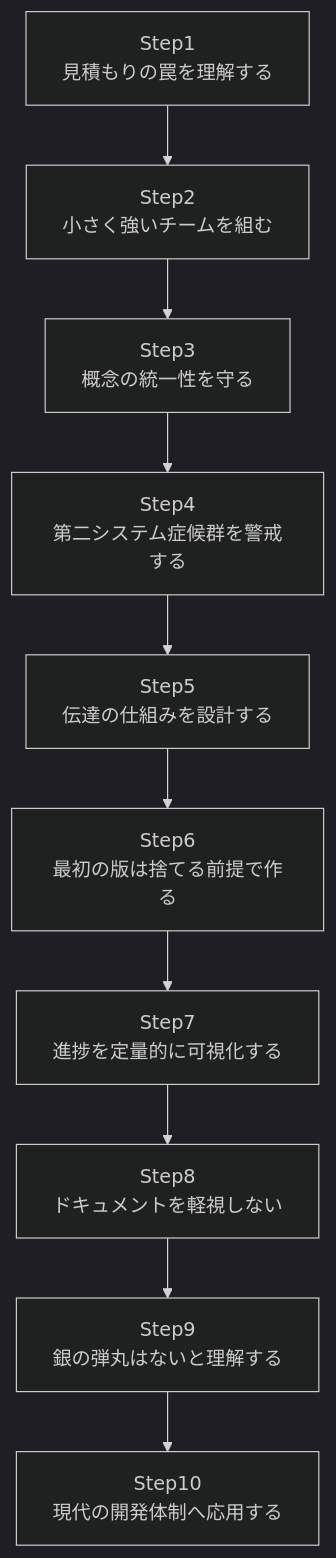
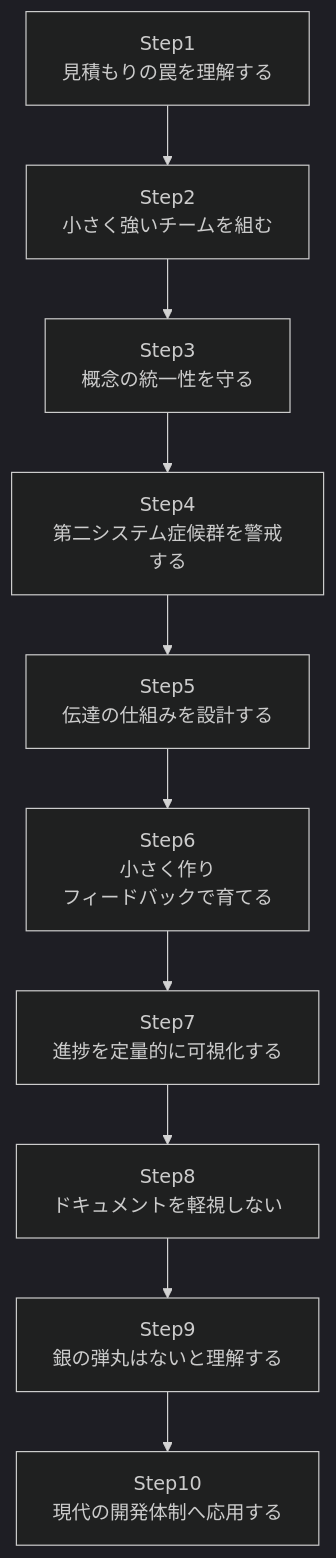
The third of 6 diagrams in Mythical-man-month-guide.md (myoshi2891/Management-Team-Building-Studies), drawn with Mermaid (dark theme) before and after one commit. The commit also changed other lines of this file, not shown here.

Commit message:
docs(mythical-man-month): refine Step 6 heading and framing on iterative feedback

````diff
--- a/Mythical-man-month-guide.md
+++ b/Mythical-man-month-guide.md
@@ -135,12 +135,12 @@
 ```mermaid
 flowchart TB
     S1["Step1<br/>見積もりの罠を理解する"] --> S2["Step2<br/>小さく強いチームを組む"]
     S2 --> S3["Step3<br/>概念の統一性を守る"]
     S3 --> S4["Step4<br/>第二システム症候群を警戒する"]
     S4 --> S5["Step5<br/>伝達の仕組みを設計する"]
-    S5 --> S6["Step6<br/>最初の版は捨てる前提で作る"]
+    S5 --> S6["Step6<br/>小さく作り<br/>フィードバックで育てる"]
     S6 --> S7["Step7<br/>進捗を定量的に可視化する"]
     S7 --> S8["Step8<br/>ドキュメントを軽視しない"]
     S8 --> S9["Step9<br/>銀の弾丸はないと理解する"]
     S9 --> S10["Step10<br/>現代の開発体制へ応用する"]
 ```
````
